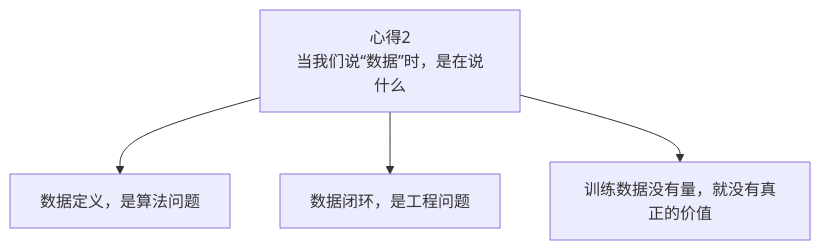
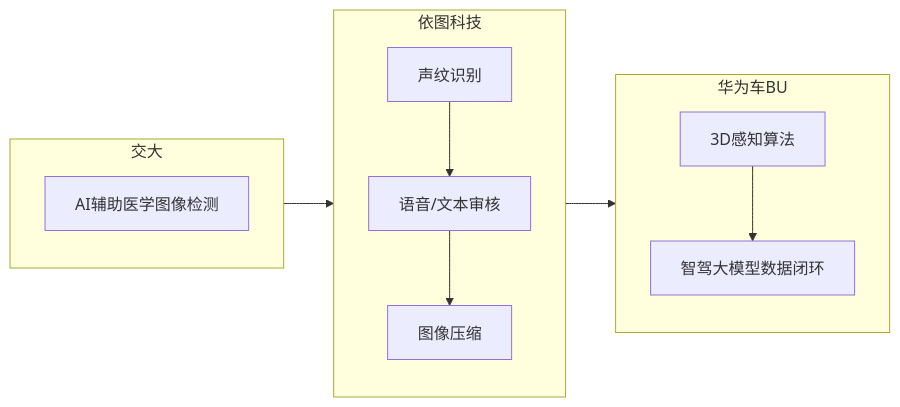
One commit to MagicFrogSJTU/work changed the first of 15 diagrams in technical_report/20260408-huawei_autonomous_driving_share/schema.md. Above: the diagram before and after it, drawn with Mermaid. The commit also changed other lines of this file and 106 other files, not shown here.

````diff
--- a/technical_report/20260408-huawei_autonomous_driving_share/schema.md
+++ b/technical_report/20260408-huawei_autonomous_driving_share/schema.md
@@ -49,7 +23,15 @@
 ```mermaid
-flowchart TB
-    B[心得2<br/>当我们说“数据”时，是在说什么]
-    B --> B1[数据定义，是算法问题]
-    B --> B2[数据闭环，是工程问题]
-    B --> B3[训练数据没有量，就没有真正的价值]
+flowchart LR
+    subgraph A[交大]
+        A1[AI辅助医学图像检测]
+    end
+    subgraph B[依图科技]
+        B1[声纹识别] --> B2[语音/文本审核]
+        B2 --> B3[图像压缩]
+    end
+    subgraph C[华为车BU]
+        C1[3D感知算法] --> C2[智驾大模型数据闭环]
+    end
+    A --> B
+    B --> C
 ```
````
